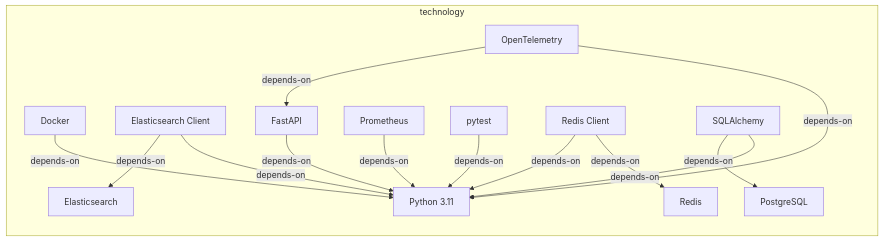
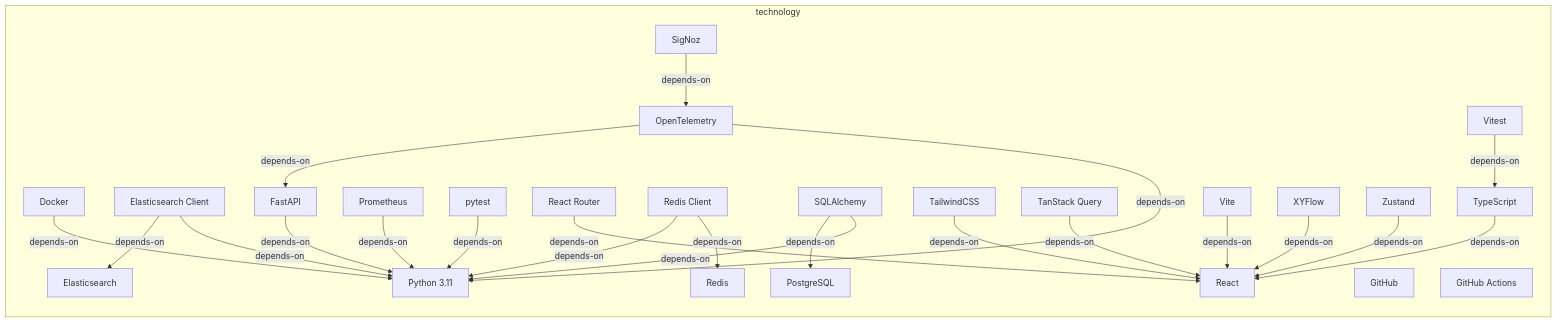
The first of 2 diagrams in documentation-robotics/reports/05-technology-layer-report.md (tinkermonkey/codetoreum), drawn with Mermaid before and after one commit. The commit also changed other lines of this file and 205 other files, not shown here.

````diff
--- a/documentation-robotics/reports/05-technology-layer-report.md
+++ b/documentation-robotics/reports/05-technology-layer-report.md
@@ -30,29 +30,50 @@
 ```mermaid
 flowchart LR
   subgraph technology
     technology_systemsoftware_docker["Docker"]
     technology_systemsoftware_elasticsearch["Elasticsearch"]
     technology_systemsoftware_elasticsearch_client["Elasticsearch Client"]
     technology_systemsoftware_fast_api["FastAPI"]
+    technology_systemsoftware_git_hub["GitHub"]
+    technology_systemsoftware_git_hub_actions["GitHub Actions"]
     technology_systemsoftware_open_telemetry["OpenTelemetry"]
     technology_systemsoftware_postgre_sql["PostgreSQL"]
     technology_systemsoftware_prometheus["Prometheus"]
     technology_systemsoftware_pytest["pytest"]
     technology_systemsoftware_python_311["Python 3.11"]
+    technology_systemsoftware_react["React"]
+    technology_systemsoftware_react_router["React Router"]
     technology_systemsoftware_redis["Redis"]
     technology_systemsoftware_redis_client["Redis Client"]
+    technology_systemsoftware_sig_noz["SigNoz"]
     technology_systemsoftware_sqlalchemy["SQLAlchemy"]
+    technology_systemsoftware_tailwind_css["TailwindCSS"]
+    technology_systemsoftware_tan_stack_query["TanStack Query"]
+    technology_systemsoftware_type_script["TypeScript"]
+    technology_systemsoftware_vite["Vite"]
+    technology_systemsoftware_vitest["Vitest"]
+    technology_systemsoftware_xyflow["XYFlow"]
+    technology_systemsoftware_zustand["Zustand"]
     technology_systemsoftware_docker -->|depends-on| technology_systemsoftware_python_311
     technology_systemsoftware_elasticsearch_client -->|depends-on| technology_systemsoftware_elasticsearch
     technology_systemsoftware_elasticsearch_client -->|depends-on| technology_systemsoftware_python_311
     technology_systemsoftware_fast_api -->|depends-on| technology_systemsoftware_python_311
     technology_systemsoftware_open_telemetry -->|depends-on| technology_systemsoftware_fast_api
     technology_systemsoftware_open_telemetry -->|depends-on| technology_systemsoftware_python_311
     technology_systemsoftware_prometheus -->|depends-on| technology_systemsoftware_python_311
     technology_systemsoftware_pytest -->|depends-on| technology_systemsoftware_python_311
+    technology_systemsoftware_react_router -->|depends-on| technology_systemsoftware_react
     technology_systemsoftware_redis_client -->|depends-on| technology_systemsoftware_python_311
     technology_systemsoftware_redis_client -->|depends-on| technology_systemsoftware_redis
+    technology_systemsoftware_sig_noz -->|depends-on| technology_systemsoftware_open_telemetry
     technology_systemsoftware_sqlalchemy -->|depends-on| technology_systemsoftware_postgre_sql
     technology_systemsoftware_sqlalchemy -->|depends-on| technology_systemsoftware_python_311
+    technology_systemsoftware_tailwind_css -->|depends-on| technology_systemsoftware_react
+    technology_systemsoftware_tan_stack_query -->|depends-on| technology_systemsoftware_react
+    technology_systemsoftware_type_script -->|depends-on| technology_systemsoftware_react
+    technology_systemsoftware_vite -->|depends-on| technology_systemsoftware_react
+    technology_systemsoftware_vitest -->|depends-on| technology_systemsoftware_type_script
+    technology_systemsoftware_xyflow -->|depends-on| technology_systemsoftware_react
+    technology_systemsoftware_zustand -->|depends-on| technology_systemsoftware_react
   end
 ```
````
